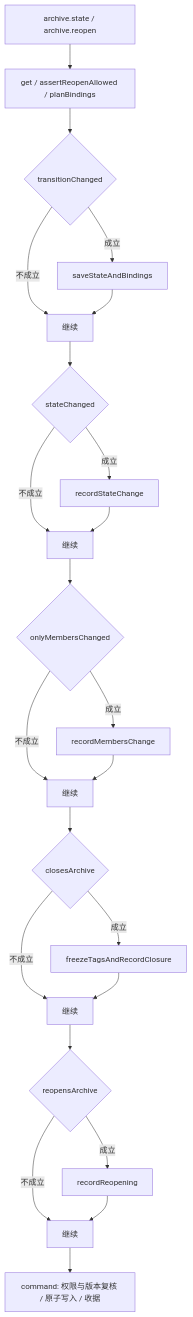
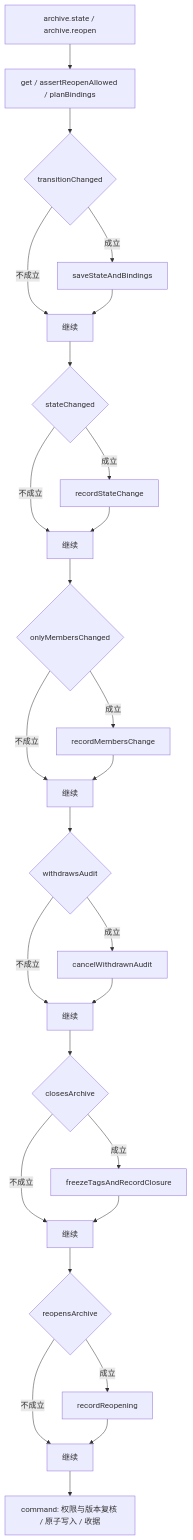
One commit to BreakfastDaPaiDang/commie-talent-scout changed the diagram in docs/generated/archive-rules.md. Above: the diagram before and after it, drawn with Mermaid. The commit also changed other lines of this file and 14 other files, not shown here.

````diff
--- a/docs/generated/archive-rules.md
+++ b/docs/generated/archive-rules.md
@@ -45,25 +47,29 @@
 ```mermaid
 flowchart TD
   start["archive.state / archive.reopen"] --> checks["get / assertReopenAllowed / planBindings"]
   checks --> cond0{"transitionChanged"}
   cond0 -->|成立| effect0["saveStateAndBindings"]
   cond0 -->|不成立| next0["继续"]
   effect0 --> next0
   next0 --> cond1{"stateChanged"}
   cond1 -->|成立| effect1["recordStateChange"]
   cond1 -->|不成立| next1["继续"]
   effect1 --> next1
   next1 --> cond2{"onlyMembersChanged"}
   cond2 -->|成立| effect2["recordMembersChange"]
   cond2 -->|不成立| next2["继续"]
   effect2 --> next2
-  next2 --> cond3{"closesArchive"}
-  cond3 -->|成立| effect3["freezeTagsAndRecordClosure"]
+  next2 --> cond3{"withdrawsAudit"}
+  cond3 -->|成立| effect3["cancelWithdrawnAudit"]
   cond3 -->|不成立| next3["继续"]
   effect3 --> next3
-  next3 --> cond4{"reopensArchive"}
-  cond4 -->|成立| effect4["recordReopening"]
+  next3 --> cond4{"closesArchive"}
+  cond4 -->|成立| effect4["freezeTagsAndRecordClosure"]
   cond4 -->|不成立| next4["继续"]
   effect4 --> next4
-  next4 --> batch["command: 权限与版本复核 / 原子写入 / 收据"]
+  next4 --> cond5{"reopensArchive"}
+  cond5 -->|成立| effect5["recordReopening"]
+  cond5 -->|不成立| next5["继续"]
+  effect5 --> next5
+  next5 --> batch["command: 权限与版本复核 / 原子写入 / 收据"]
 ```
````
